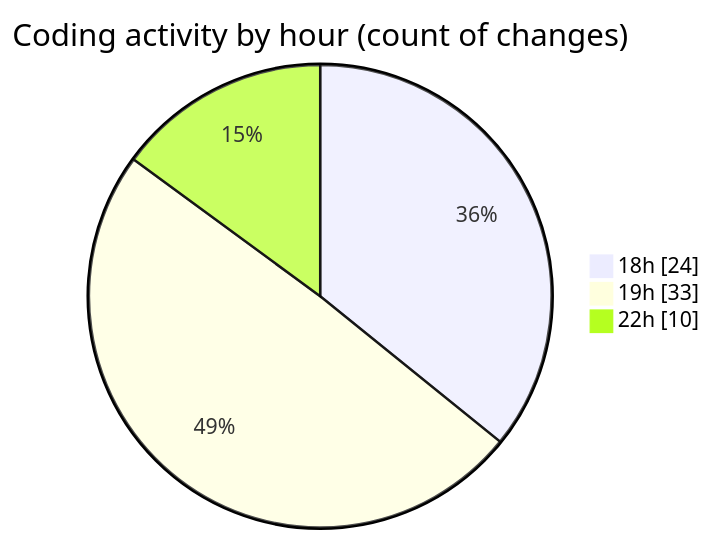
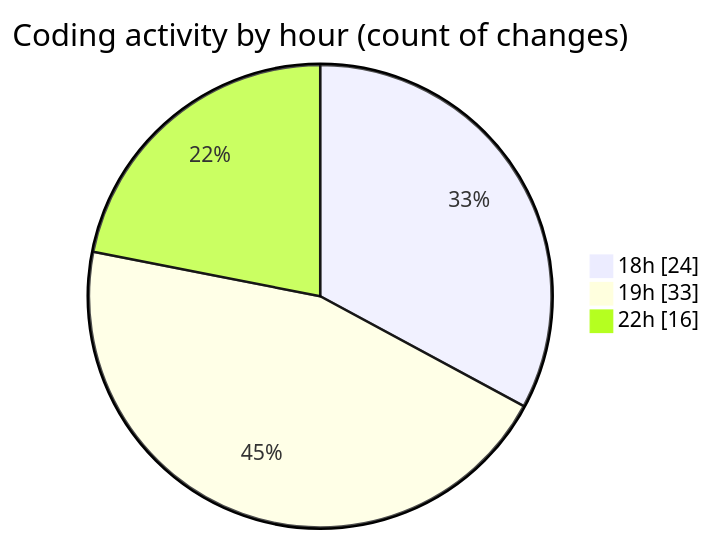
One commit to Netris89/code-tracking changed the second of 2 diagrams in 2025-04-21/echo/README.md. Above: the diagram before and after it, drawn with Mermaid. The commit also changed other lines of this file and 1 other file, not shown here.

````diff
--- a/2025-04-21/echo/README.md
+++ b/2025-04-21/echo/README.md
@@ -36,7 +36,7 @@
 ```mermaid
 pie showData
 title Coding activity by hour (count of changes)
 "18h" : 24
 "19h" : 33
-"22h" : 10
+"22h" : 16
 ```
````
